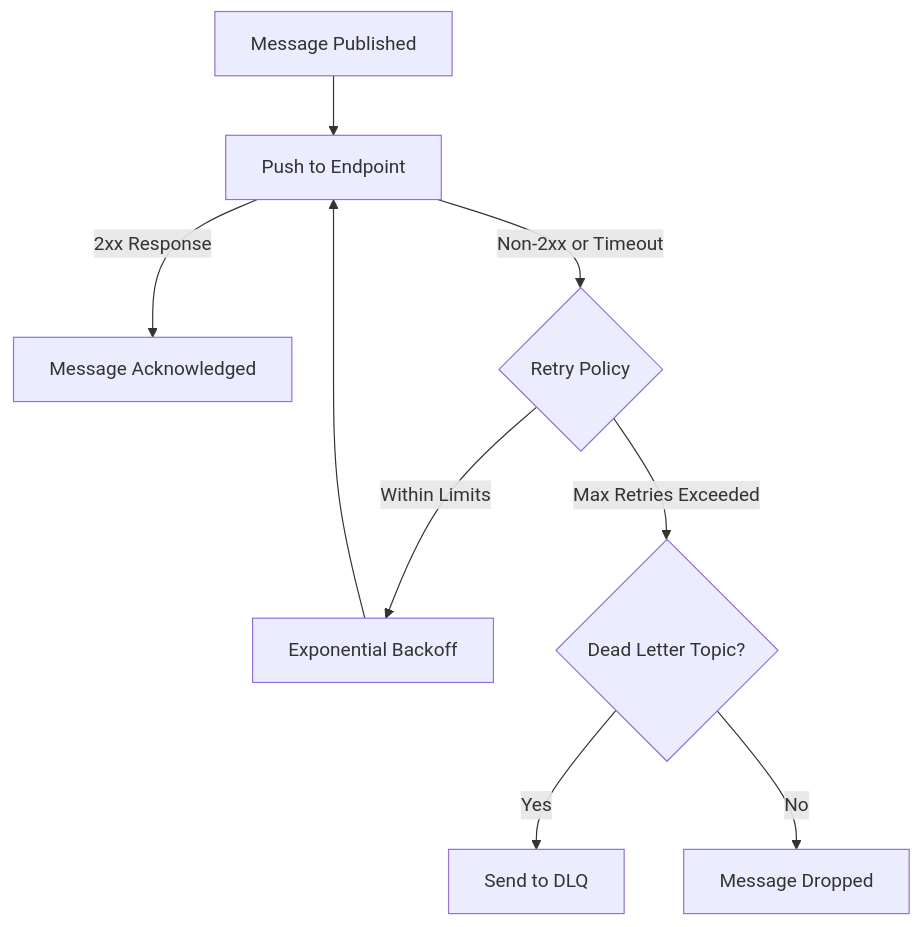
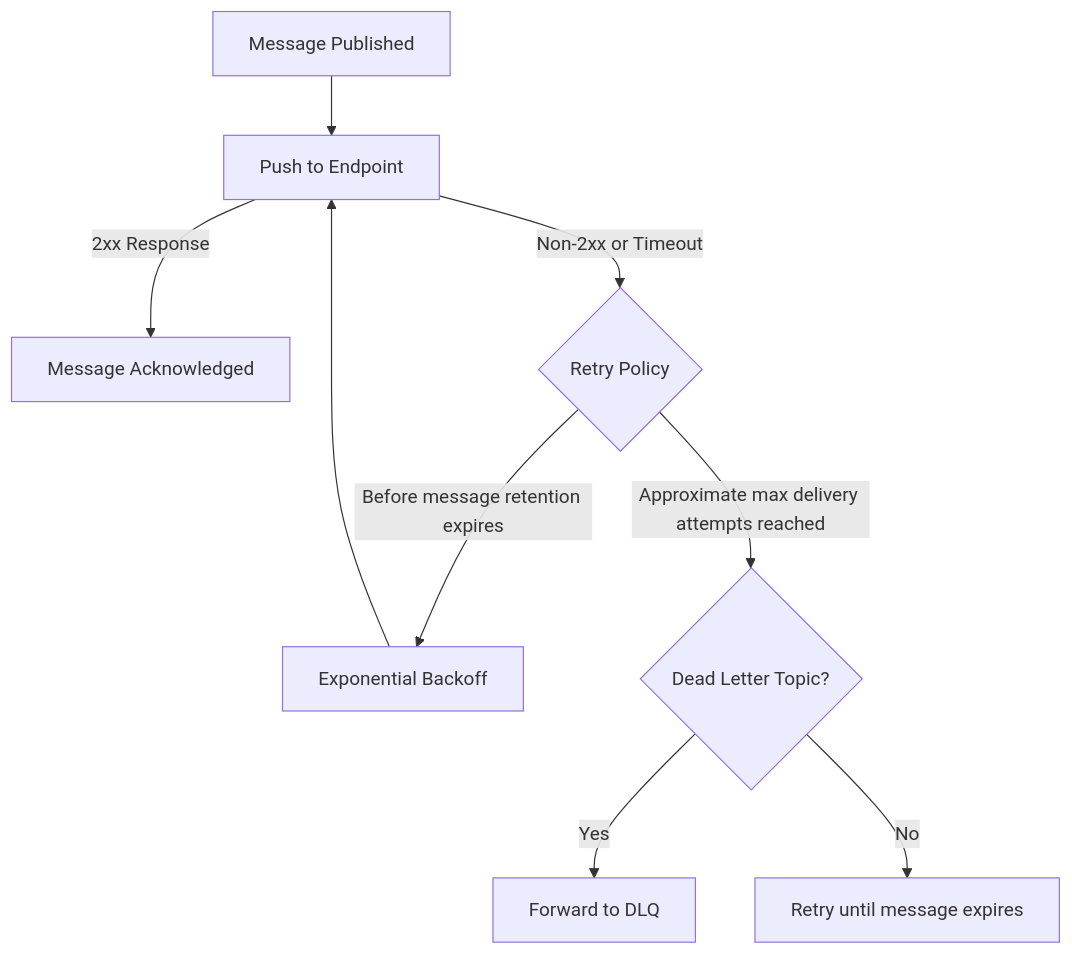
Before and after one commit to OneUptime/blog: the third of 5 diagrams in posts/2026-01-27-pubsub-push-subscriptions/README.md, drawn with Mermaid. The commit also changed other lines of this file and 2 other files, not shown here.

````diff
--- a/posts/2026-01-27-pubsub-push-subscriptions/README.md
+++ b/posts/2026-01-27-pubsub-push-subscriptions/README.md
@@ -252,11 +273,11 @@
 ```mermaid
 flowchart TD
     A[Message Published] --> B[Push to Endpoint]
     B -->|2xx Response| C[Message Acknowledged]
     B -->|Non-2xx or Timeout| D{Retry Policy}
-    D -->|Within Limits| E[Exponential Backoff]
+    D -->|Before message retention expires| E[Exponential Backoff]
     E --> B
-    D -->|Max Retries Exceeded| F{Dead Letter Topic?}
-    F -->|Yes| G[Send to DLQ]
-    F -->|No| H[Message Dropped]
+    D -->|Approximate max delivery attempts reached| F{Dead Letter Topic?}
+    F -->|Yes| G[Forward to DLQ]
+    F -->|No| H[Retry until message expires]
 ```
````
